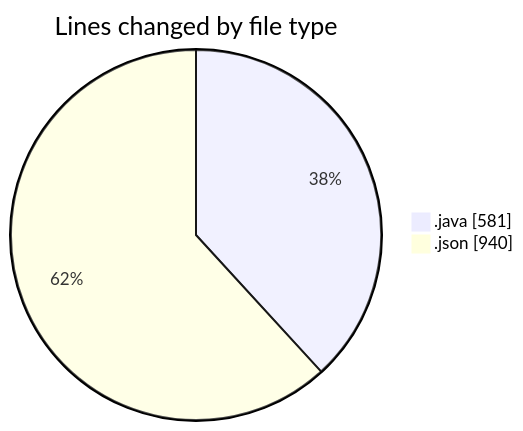
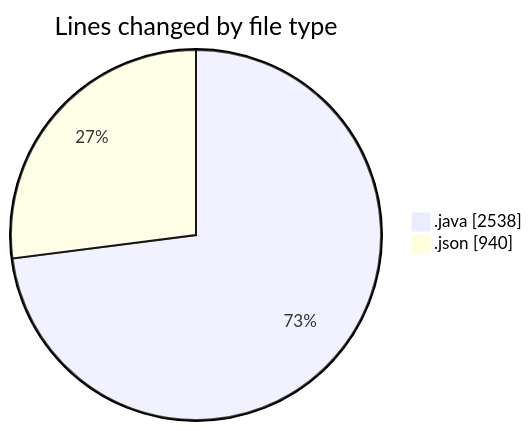
One commit to ricardozamudiocil/code-tracking changed the first of 2 diagrams in 2026-04-28/cilapp/README.md. Above: the diagram before and after it, drawn with Mermaid. The commit also changed other lines of this file and 1 other file, not shown here.

````diff
--- a/2026-04-28/cilapp/README.md
+++ b/2026-04-28/cilapp/README.md
@@ -23,6 +23,6 @@
 ```mermaid
 pie showData
 title Lines changed by file type
-".java" : 581
+".java" : 2538
 ".json" : 940
 ```
````
